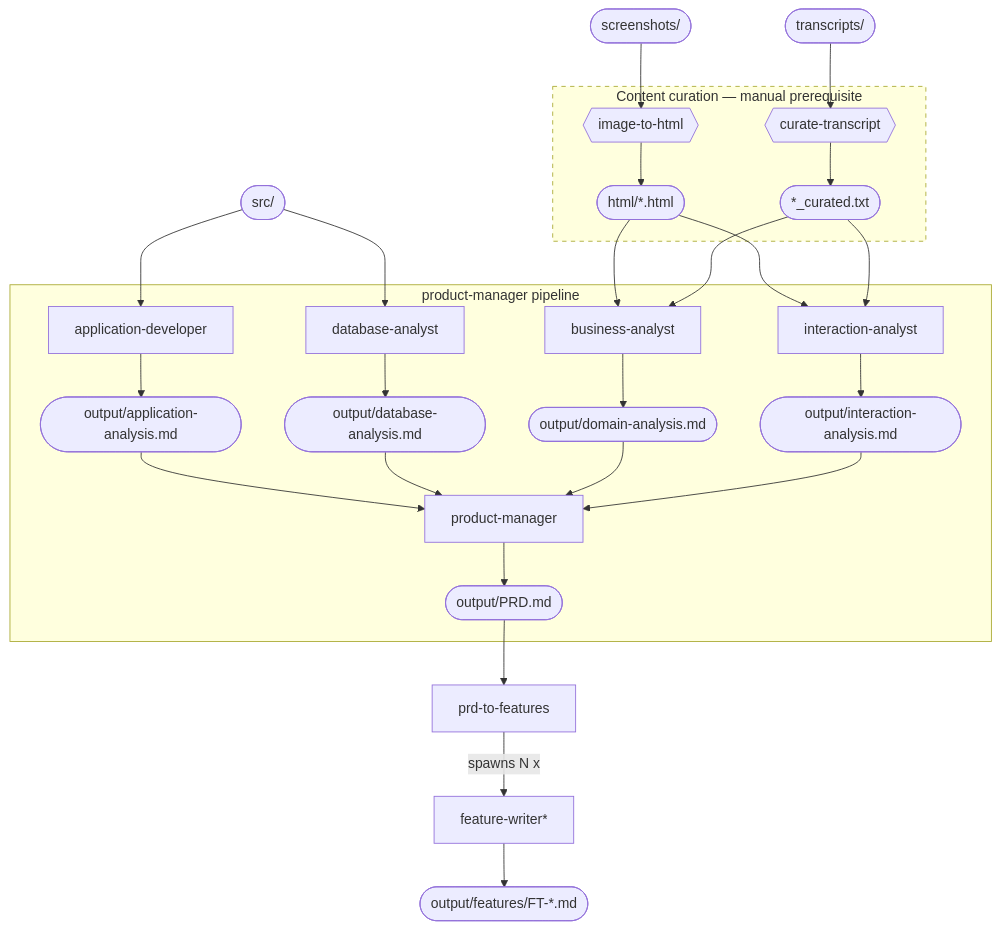
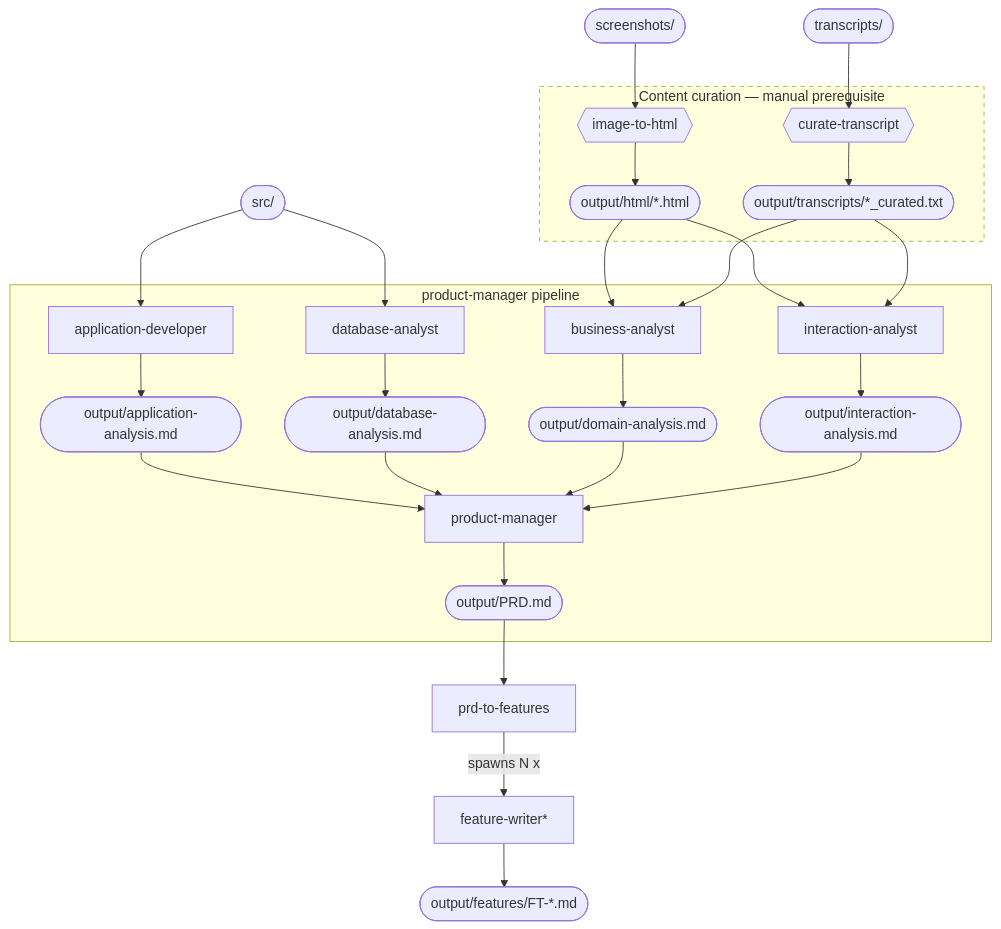
Before and after one commit to martfo/claude-legacy-reveng-plugin: the second of 2 diagrams in README.md, drawn with Mermaid. The commit also changed other lines of this file, not shown here.

Commit message:
docs: update README output paths to output/html/ and output/transcripts/

````diff
--- a/README.md
+++ b/README.md
@@ -176,43 +176,43 @@
 ```mermaid
 flowchart TB
     screenshots(["screenshots/"])
     transcripts(["transcripts/"])
     src(["src/"])
 
     subgraph curation ["Content curation — manual prerequisite"]
         i2h{{image-to-html}}
         ct{{curate-transcript}}
-        html(["html/*.html"])
-        curated(["*_curated.txt"])
+        html(["output/html/*.html"])
+        curated(["output/transcripts/*_curated.txt"])
 
         i2h --> html
         ct --> curated
     end
     style curation stroke-dasharray: 5 5
 
     screenshots --> i2h
     transcripts --> ct
 
     subgraph pm_pipeline ["product-manager pipeline"]
         appdev[application-developer]
         dbanalyst[database-analyst]
         ba[business-analyst]
         ia[interaction-analyst]
         PM[product-manager]
 
         appdev --> application(["output/application-analysis.md"])
         dbanalyst --> database(["output/database-analysis.md"])
         ba --> domain(["output/domain-analysis.md"])
         ia --> interaction(["output/interaction-analysis.md"])
 
         application & database & domain & interaction --> PM
         PM --> PRD(["output/PRD.md"])
     end
 
     PRD --> p2f[prd-to-features]
     p2f -->|spawns N x| fw[feature-writer*]
     fw --> features(["output/features/FT-*.md"])
 
     src --> appdev & dbanalyst
     html & curated --> ba & ia
 ```
````
